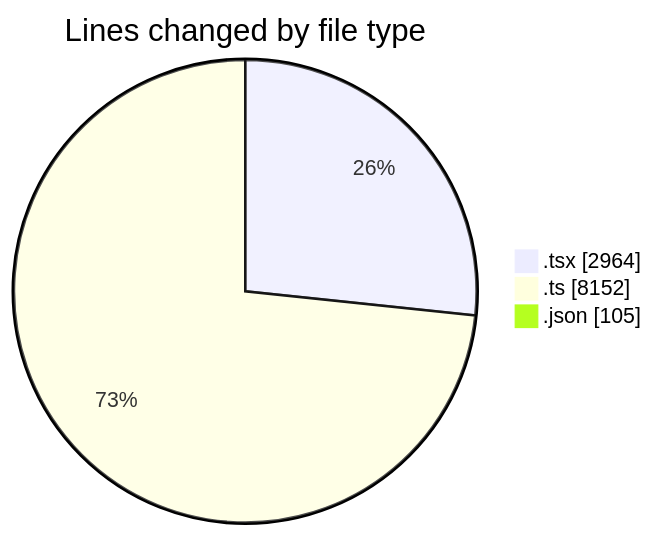
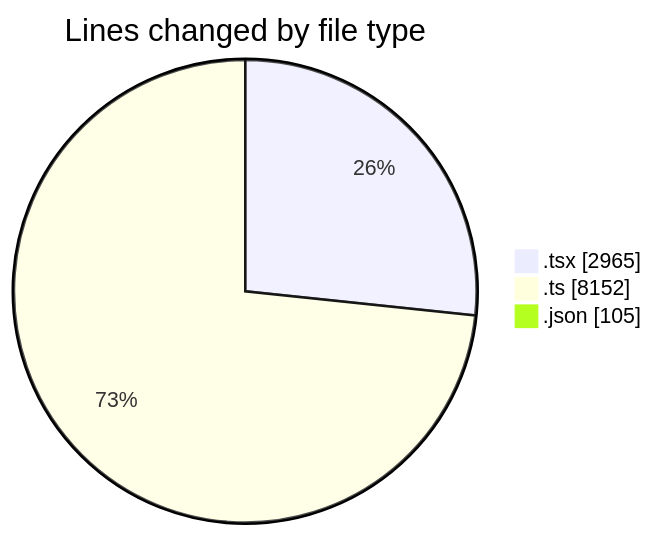
One commit to momahboobian/code-tracking changed the first of 2 diagrams in 2025-07-09/cda/README.md. Above: the diagram before and after it, drawn with Mermaid. The commit also changed other lines of this file and 1 other file, not shown here.

````diff
--- a/2025-07-09/cda/README.md
+++ b/2025-07-09/cda/README.md
@@ -32,7 +32,7 @@
 ```mermaid
 pie showData
 title Lines changed by file type
-".tsx" : 2964
+".tsx" : 2965
 ".ts" : 8152
 ".json" : 105
 ```
````
